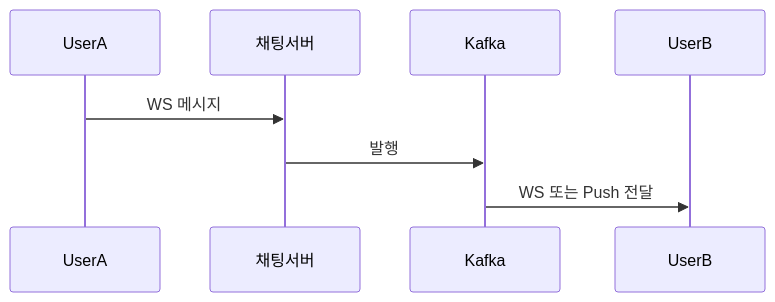
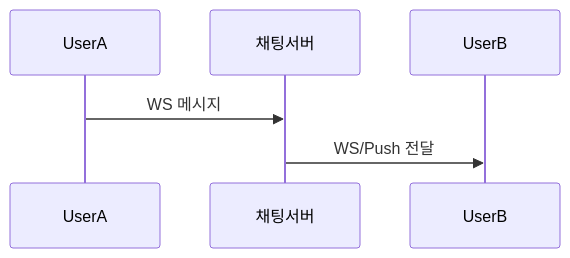
One commit to yjkim2015/yjkim2015.github.io changed the third of 9 diagrams in _posts/systemdesign/2026-05-02-system-design-chat.md. Above: the diagram before and after it, drawn with Mermaid. The commit also changed other lines of this file and 48 other files, not shown here.

First line of the commit message:
Mermaid 최종 47건 수정: participant/노드/줄수/라벨 전부 기준 이하

````diff
--- a/_posts/systemdesign/2026-05-02-system-design-chat.md
+++ b/_posts/systemdesign/2026-05-02-system-design-chat.md
@@ -208,10 +208,8 @@
 ```mermaid
 sequenceDiagram
     participant A as UserA
     participant S as 채팅서버
-    participant K as Kafka
     participant B as UserB
     A->>S: WS 메시지
-    S->>K: 발행
-    K->>B: WS 또는 Push 전달
+    S->>B: WS/Push 전달
 ```
````
